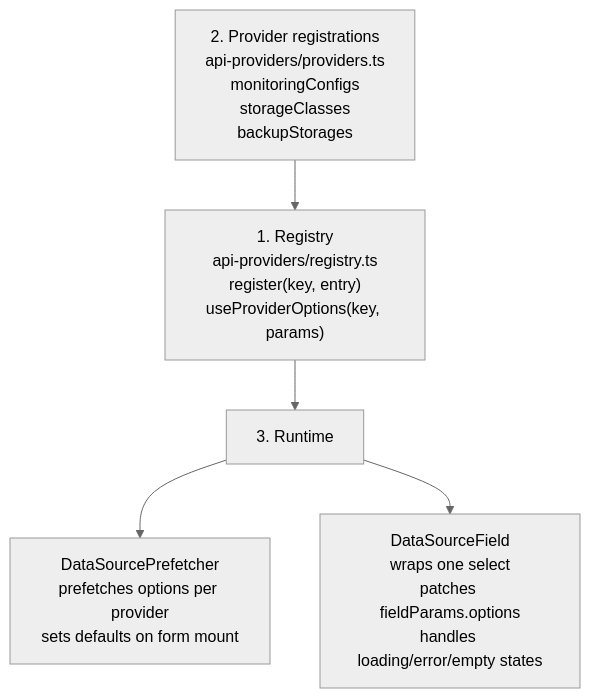
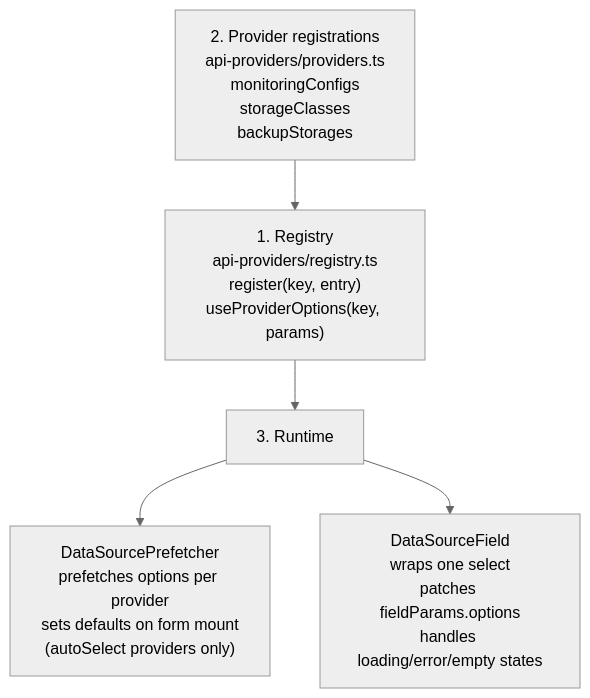
The second of 3 diagrams in docs/ui/architecture/ui-generator/pipeline.md (openeverest/openeverest), drawn with Mermaid (neutral theme) before and after one commit. The commit also changed 9 other files, not shown here.

First line of the commit message:
fix(ui): let data sources opt out of auto-selecting the first option

````diff
--- a/docs/ui/architecture/ui-generator/pipeline.md
+++ b/docs/ui/architecture/ui-generator/pipeline.md
@@ -112,13 +112,13 @@
 ```mermaid
 flowchart TD
   REG["1. Registry<br/>api-providers/registry.ts<br/>register(key, entry)<br/>useProviderOptions(key, params)"]
   PROVIDERS["2. Provider registrations<br/>api-providers/providers.ts<br/>monitoringConfigs<br/>storageClasses<br/>backupStorages"]
   RUNTIME["3. Runtime"]
-  PREFETCH["DataSourcePrefetcher<br/>prefetches options per provider<br/>sets defaults on form mount"]
+  PREFETCH["DataSourcePrefetcher<br/>prefetches options per provider<br/>sets defaults on form mount<br/>(autoSelect providers only)"]
   FIELD["DataSourceField<br/>wraps one select<br/>patches fieldParams.options<br/>handles loading/error/empty states"]
 
   PROVIDERS --> REG
   REG --> RUNTIME
   RUNTIME --> PREFETCH
   RUNTIME --> FIELD
 ```
````
